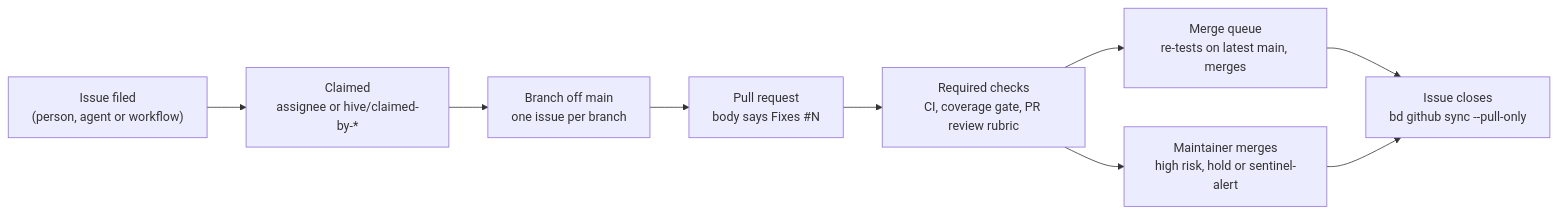
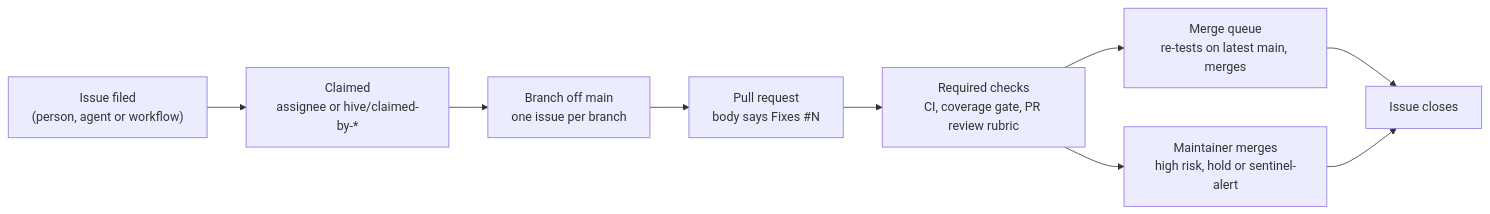
The diagram in docs/multi-agent.md (Tim-van-Oudheusden/website), drawn with Mermaid before and after one commit. The commit also changed other lines of this file and 35 other files, not shown here.

````diff
--- a/docs/multi-agent.md
+++ b/docs/multi-agent.md
@@ -29,11 +29,11 @@
 ```mermaid
 flowchart LR
     file["Issue filed<br/>(person, agent or workflow)"] --> claim["Claimed<br/>assignee or hive/claimed-by-*"]
     claim --> branch["Branch off main<br/>one issue per branch"]
     branch --> pr["Pull request<br/>body says Fixes #N"]
     pr --> checks["Required checks<br/>CI, coverage gate, PR review rubric"]
     checks --> queue["Merge queue<br/>re-tests on latest main, merges"]
     checks --> manual["Maintainer merges<br/>high risk, hold or sentinel-alert"]
-    queue --> close["Issue closes<br/>bd github sync --pull-only"]
+    queue --> close["Issue closes"]
     manual --> close
 ```
````
